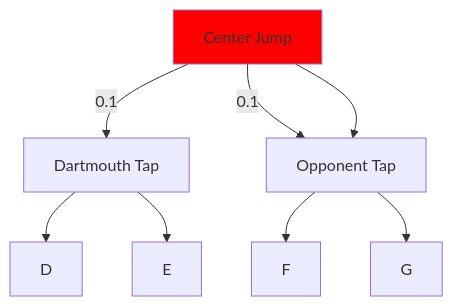
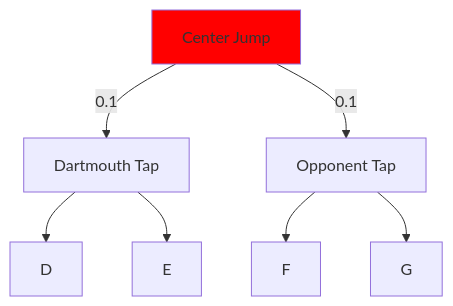
The diagram in README.md (JimbyRaynor/BasketBall), drawn with Mermaid before and after one commit.

````diff
--- a/README.md
+++ b/README.md
@@ -5,13 +5,12 @@
 ```mermaid 
 graph TD;
     A[Center Jump]-->|0.1|B[Dartmouth Tap];
     A[Center Jump]-->|0.1|C[Opponent Tap];
-    A-->C;
     B-->D;
     B-->E;
     C-->F;
     C-->G;
 
 style A fill:#ff0000;
 
 ```
````
